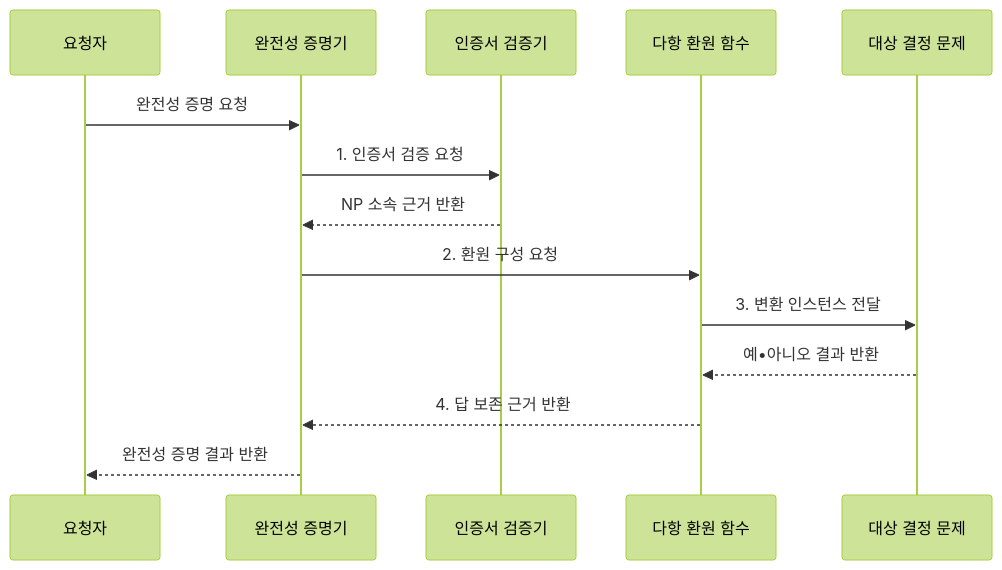
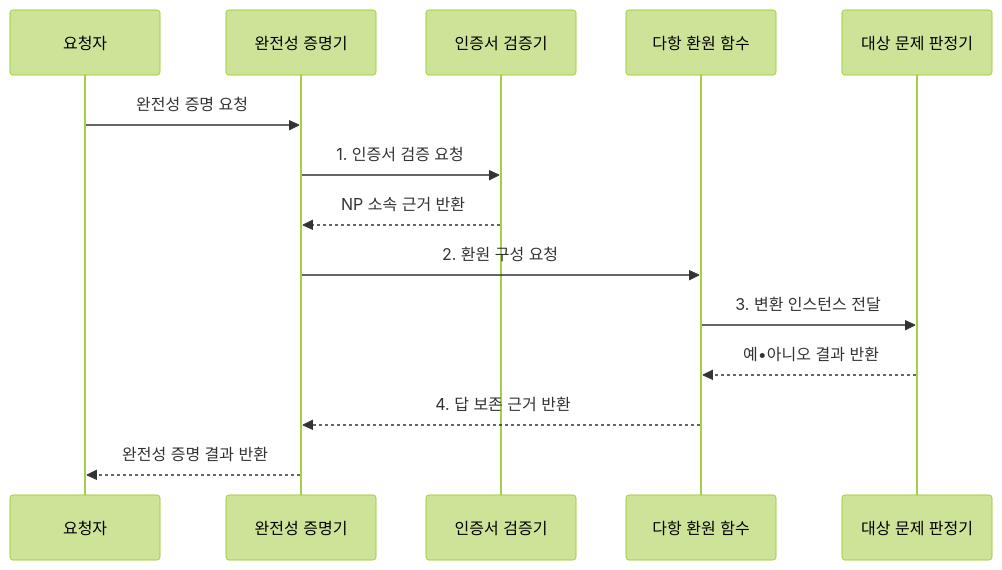
One commit to agnusdei1207/knowledge-base changed the second of 2 diagrams in src/content/docs/notes/01-basic-theory/019_np_complete.md. Above: the diagram before and after it, drawn with Mermaid (forest theme). The commit also changed other lines of this file and 19 other files, not shown here.

````diff
--- a/src/content/docs/notes/01-basic-theory/019_np_complete.md
+++ b/src/content/docs/notes/01-basic-theory/019_np_complete.md
@@ -82,16 +82,16 @@
 ```mermaid
 sequenceDiagram
     participant Q as 요청자
     participant P as 완전성 증명기
     participant V as 인증서 검증기
     participant R as 다항 환원 함수
-    participant T as 대상 결정 문제
+    participant T as 대상 문제 판정기
     Q->>P: 완전성 증명 요청
     P->>V: 1. 인증서 검증 요청
     V-->>P: NP 소속 근거 반환
     P->>R: 2. 환원 구성 요청
     R->>T: 3. 변환 인스턴스 전달
     T-->>R: 예•아니오 결과 반환
     R-->>P: 4. 답 보존 근거 반환
     P-->>Q: 완전성 증명 결과 반환
 ```
````
